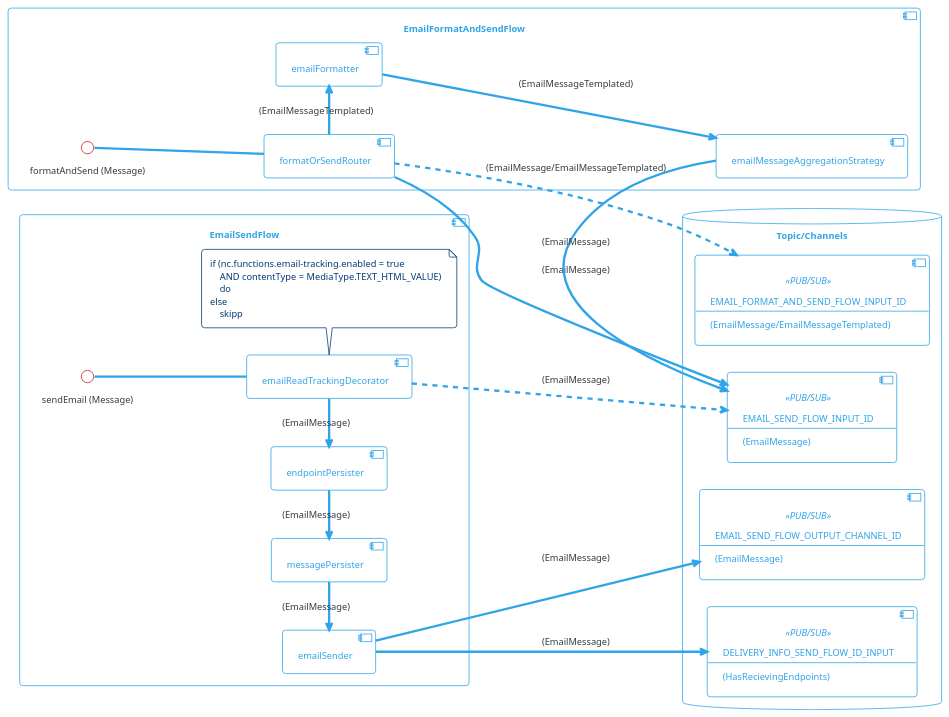
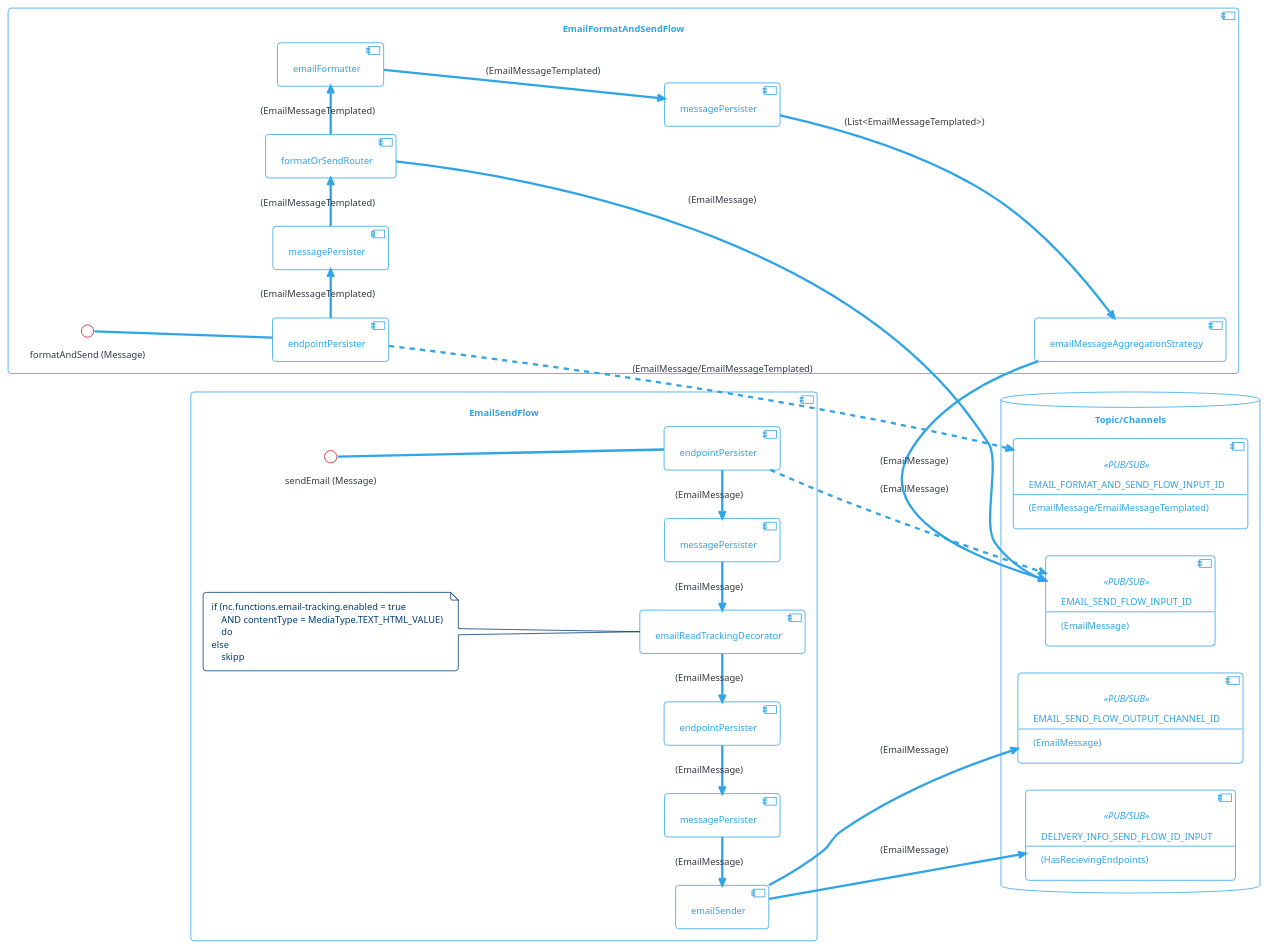
One commit to com-obj/notiflow changed the diagram in docs/diagrams/src/email-processing-flow.puml. Above: the diagram before and after it, drawn with PlantUML. The commit also changed 3 other files, not shown here.

Commit message:
update uml flow diagrams

```diff
--- a/docs/diagrams/src/email-processing-flow.puml
+++ b/docs/diagrams/src/email-processing-flow.puml
@@ -1,105 +1,115 @@
 @startuml
 
 !theme cerulean-outline
 
 left to right direction
 
 skinparam backgroundcolor White
 skinparam component {
     backgroundColor<<user defined>> LightGray
 }
 /'
 database "PostgreSQL" {
     [nc_message]
     [nc_endpoint]
 }
 '/
 
 database "Topic/Channels" {
     component EMAIL_FORMAT_AND_SEND_FLOW_INPUT_ID<<PUB/SUB>>[
         EMAIL_FORMAT_AND_SEND_FLOW_INPUT_ID
         --
         (EmailMessage/EmailMessageTemplated)
     ]
 
     component EMAIL_SEND_FLOW_INPUT_ID<<PUB/SUB>>[
         EMAIL_SEND_FLOW_INPUT_ID
         --
         (EmailMessage)
     ]
 
     component EMAIL_SEND_FLOW_OUTPUT_CHANNEL_ID<<PUB/SUB>>[
         EMAIL_SEND_FLOW_OUTPUT_CHANNEL_ID
         --
         (EmailMessage)
     ]
 
     component DELIVERY_INFO_SEND_FLOW_ID_INPUT<<PUB/SUB>>  [
         DELIVERY_INFO_SEND_FLOW_ID_INPUT
         --
         (HasRecievingEndpoints)
     ]
 
 }
 
 component "EmailSendFlow" {
+    [endpointPersister] as endpointPersister1
+    [messagePersister] as messagePersister1
     [emailReadTrackingDecorator]
-    [endpointPersister]
-    [messagePersister]
+    [endpointPersister] as endpointPersister2
+    [messagePersister] as messagePersister2
     [emailSender]
 
-    emailReadTrackingDecorator -l-> endpointPersister: (EmailMessage)
-    endpointPersister -l-> messagePersister: (EmailMessage)
-    messagePersister -l-> emailSender: (EmailMessage)
+    endpointPersister1 -l-> messagePersister1: (EmailMessage)
+    messagePersister1 -l-> emailReadTrackingDecorator: (EmailMessage)
+    emailReadTrackingDecorator -l-> endpointPersister2: (EmailMessage)
+    endpointPersister2 -l-> messagePersister2: (EmailMessage)
+    messagePersister2 -l-> emailSender: (EmailMessage)
 
  '   messagePersister --> nc_message: (EmailMessage)
 '  endpointPersister --> nc_endpoint: (List<RecievingEndpoint>)
 
-    emailReadTrackingDecorator ..> EMAIL_SEND_FLOW_INPUT_ID : (EmailMessage) 
+    endpointPersister1 ..> EMAIL_SEND_FLOW_INPUT_ID : (EmailMessage) 
     emailSender --> EMAIL_SEND_FLOW_OUTPUT_CHANNEL_ID : (EmailMessage) 
 
     emailSender --> DELIVERY_INFO_SEND_FLOW_ID_INPUT : (EmailMessage) 
 
-    note bottom of emailReadTrackingDecorator 
+    note left of emailReadTrackingDecorator 
         if (nc.functions.email-tracking.enabled = true 
             AND contentType = MediaType.TEXT_HTML_VALUE)
             do
         else
             skipp        
     end note  
 
     
     interface "sendEmail (Message)" as sendEmail        
-        emailReadTrackingDecorator -u- sendEmail
+        endpointPersister1 -u- sendEmail
 }
 
 
 
 component "EmailFormatAndSendFlow" {
+    [endpointPersister] as endpointPersister3
+    [messagePersister] as messagePersister3
     [formatOrSendRouter]
     [emailFormatter]
+    [messagePersister] as messagePersister4
     [emailMessageAggregationStrategy]
 
-    emailFormatter --> emailMessageAggregationStrategy: (EmailMessageTemplated)
+    emailFormatter --> messagePersister4: (EmailMessageTemplated)
+    messagePersister4 --> emailMessageAggregationStrategy: (List<EmailMessageTemplated>)
 
-    formatOrSendRouter .> EMAIL_FORMAT_AND_SEND_FLOW_INPUT_ID : (EmailMessage/EmailMessageTemplated) 
+    endpointPersister3 .> EMAIL_FORMAT_AND_SEND_FLOW_INPUT_ID : (EmailMessage/EmailMessageTemplated) 
 
 
 
+    endpointPersister3 -> messagePersister3 : (EmailMessageTemplated)
+    messagePersister3 -> formatOrSendRouter : (EmailMessageTemplated)
     formatOrSendRouter -> emailFormatter : (EmailMessageTemplated)
     formatOrSendRouter -> EMAIL_SEND_FLOW_INPUT_ID : (EmailMessage)
 
     emailMessageAggregationStrategy -> EMAIL_SEND_FLOW_INPUT_ID : (EmailMessage) 
 
     interface "formatAndSend (Message)" as formatAndSend        
-        formatOrSendRouter -u- formatAndSend
+        endpointPersister3 -u- formatAndSend
         
 }
 
 
 
 
 
 
 
 @enduml
```
